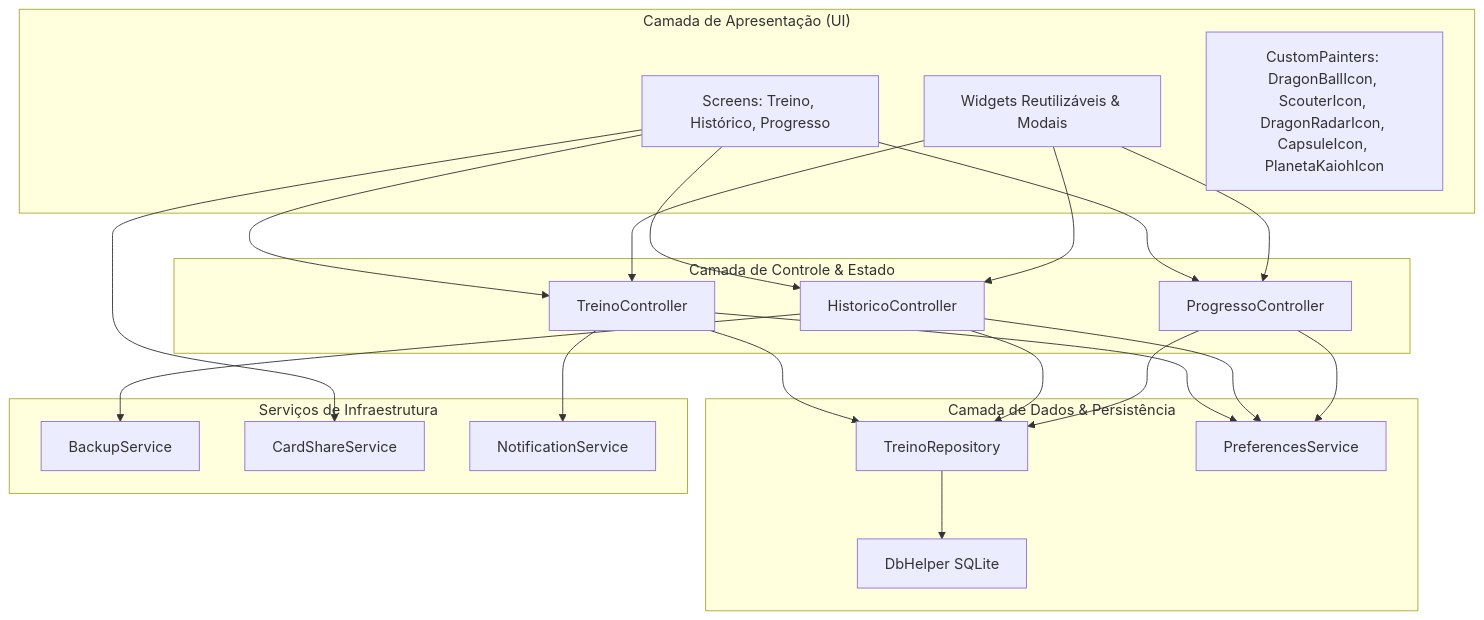
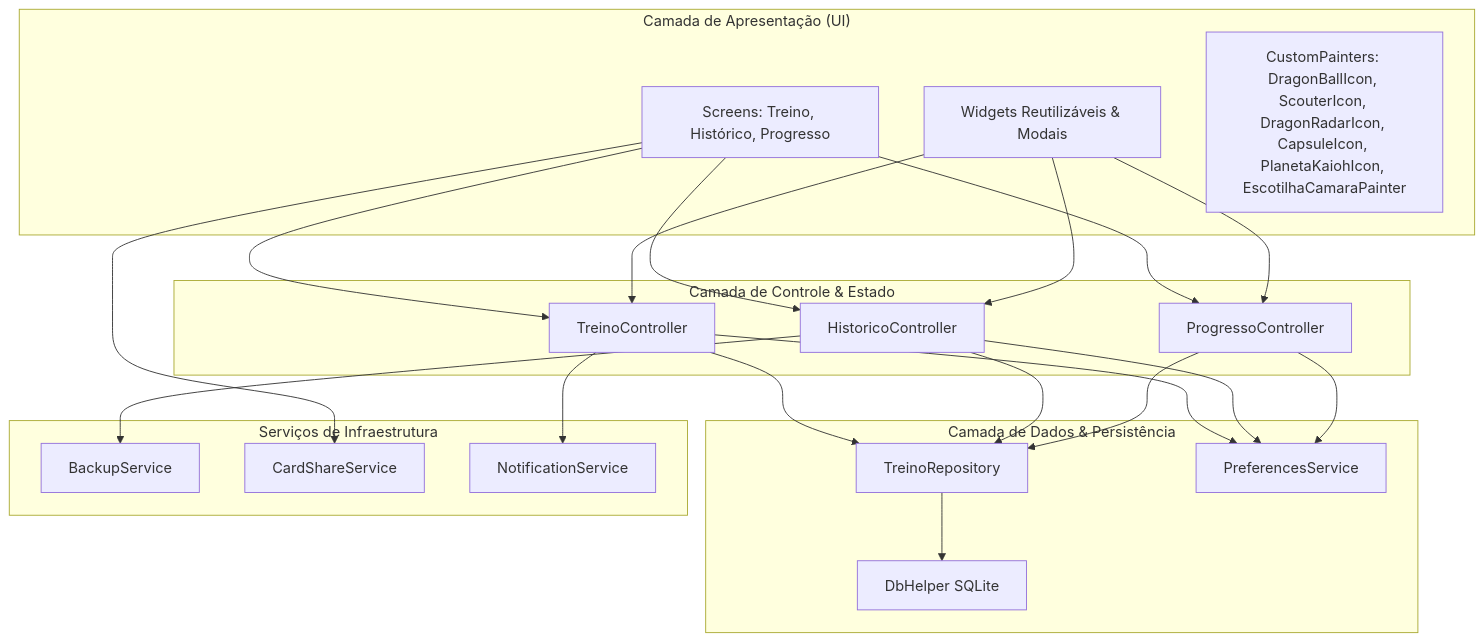
Before and after one commit to Luan-Diniz02/Gym_Saiyajin: the first of 2 diagrams in docs/ARQUITETURA.md, drawn with Mermaid. The commit also changed other lines of this file and 5 other files, not shown here.

Commit message:
docs: atualizar documentacao com especificacoes da Escotilha da Camara de Cura e sincronizacao de tempo

````diff
--- a/docs/ARQUITETURA.md
+++ b/docs/ARQUITETURA.md
@@ -9,35 +9,35 @@
 ```mermaid
 graph TD
     subgraph UI ["Camada de Apresentação (UI)"]
         Screens[Screens: Treino, Histórico, Progresso]
         Widgets[Widgets Reutilizáveis & Modais]
-        Painters[CustomPainters: DragonBallIcon, ScouterIcon, DragonRadarIcon, CapsuleIcon, PlanetaKaiohIcon]
+        Painters[CustomPainters: DragonBallIcon, ScouterIcon, DragonRadarIcon, CapsuleIcon, PlanetaKaiohIcon, EscotilhaCamaraPainter]
     end
 
     subgraph ControllersLayer ["Camada de Controle & Estado"]
         TC[TreinoController]
         HC[HistoricoController]
         PC[ProgressoController]
     end
 
     subgraph DataLayer ["Camada de Dados & Persistência"]
         Repo[TreinoRepository]
         DB[DbHelper SQLite]
         Prefs[PreferencesService]
     end
 
     subgraph InfrastructureLayer ["Serviços de Infraestrutura"]
         Backup[BackupService]
         Share[CardShareService]
         Notify[NotificationService]
     end
 
     Screens --> TC & HC & PC
     Widgets --> TC & HC & PC
     TC & HC & PC --> Repo
     TC & HC & PC --> Prefs
     Repo --> DB
     HC --> Backup
     Screens --> Share
     TC --> Notify
 ```
````
